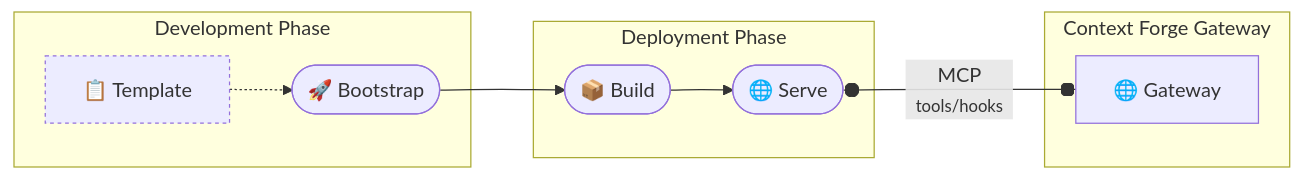
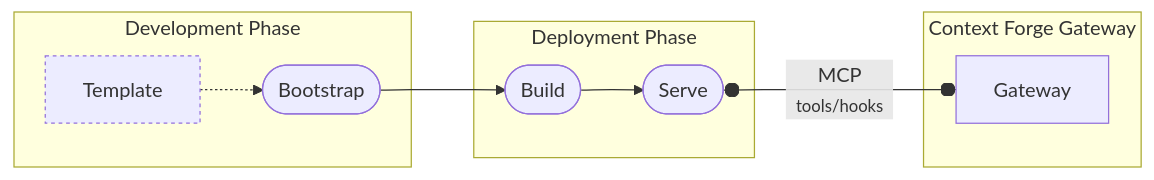
Before and after one commit to IBM/mcp-context-forge: the third of 5 diagrams in docs/docs/architecture/plugins.md, drawn with Mermaid. The commit also changed other lines of this file, not shown here.

Commit message:
docs: update diagrams

````diff
--- a/docs/docs/architecture/plugins.md
+++ b/docs/docs/architecture/plugins.md
@@ -898,24 +898,24 @@
 ```mermaid
 graph LR
-    A["📋 Template"]
-    B(["🚀 Bootstrap"])
-    C(["📦 Build"])
-    D(["🌐 Serve"])
+    A["Template"]
+    B(["Bootstrap"])
+    C(["Build"])
+    D(["Serve"])
 
     subgraph dev["Development Phase"]
         A -.-> B
     end
 
     subgraph deploy["Deployment Phase"]
         C --> D
     end
 
     B --> C
 
     subgraph CF["Context Forge Gateway"]
-        E["🌐 Gateway"]
+        E["Gateway"]
         D o--"MCP<br>&nbsp;&nbsp;<small>tools/hooks</small>&nbsp;&nbsp;"--o E
     end
 
     style A stroke-dasharray: 3 3;
 ```
````
